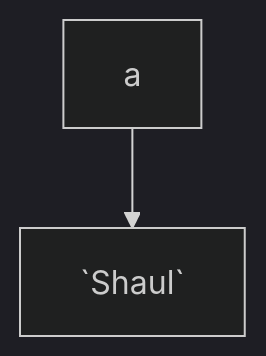
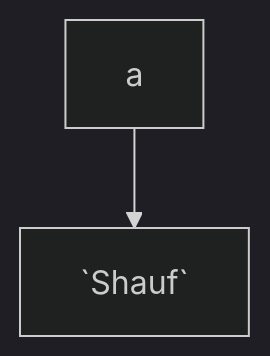
One commit to swimmio/csharp-shaul-test changed the diagram in .swm/mermaid-115.3uilhbnn.sw.md. Above: the diagram before and after it, drawn with Mermaid (dark theme). The commit also changed other lines of this file, not shown here.

Commit message:
docs(swimm): update doc: "Mermaid 1.15"

````diff
--- a/.swm/mermaid-115.3uilhbnn.sw.md
+++ b/.swm/mermaid-115.3uilhbnn.sw.md
@@ -13,5 +13,4 @@
 ```mermaid
 graph TD
-
-a --> `Shaul`
+a --> `Shauf`
 ```
````
